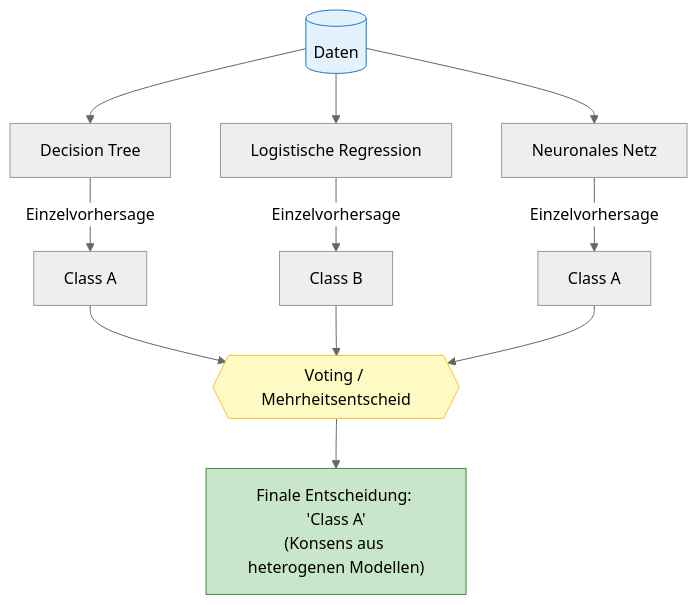
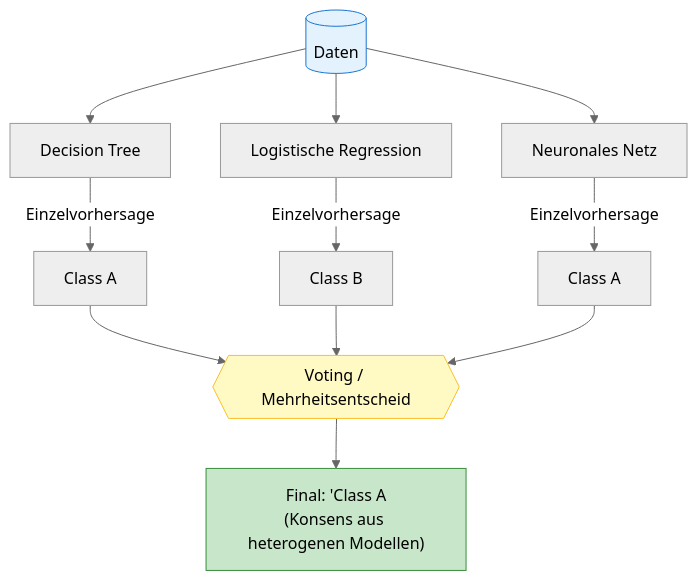
The second of 9 diagrams in docs/concepts/modeling/stacking.md (ralf-42/ML_Intro), drawn with Mermaid (neutral theme) before and after one commit.

````diff
--- a/docs/concepts/modeling/stacking.md
+++ b/docs/concepts/modeling/stacking.md
@@ -64,23 +64,23 @@
 ```mermaid
 flowchart TD
 
 D[("Daten")]
 
 D --> M1["Decision Tree"]
 D --> M2["Logistische Regression"]
 D --> M3["Neuronales Netz"]
 
 M1 -- "Einzelvorhersage" --> P1["Class A"]
 M2 -- "Einzelvorhersage" --> P2["Class B"]
 M3 -- "Einzelvorhersage" --> P3["Class A"]
 
 P1 --> V{{"Voting / Mehrheitsentscheid"}}
 P2 --> V
 P3 --> V
 
-V --> FINAL["Finale Entscheidung: 'Class A'<br>(Konsens aus heterogenen Modellen)"]
+V --> FINAL["Final: 'Class A<br>(Konsens aus heterogenen Modellen)"]
 
 style D fill:#e3f2fd,stroke:#1976d2
 style V fill:#fff9c4,stroke:#fbc02d
 style FINAL fill:#c8e6c9,stroke:#388e3c
 ```
````
